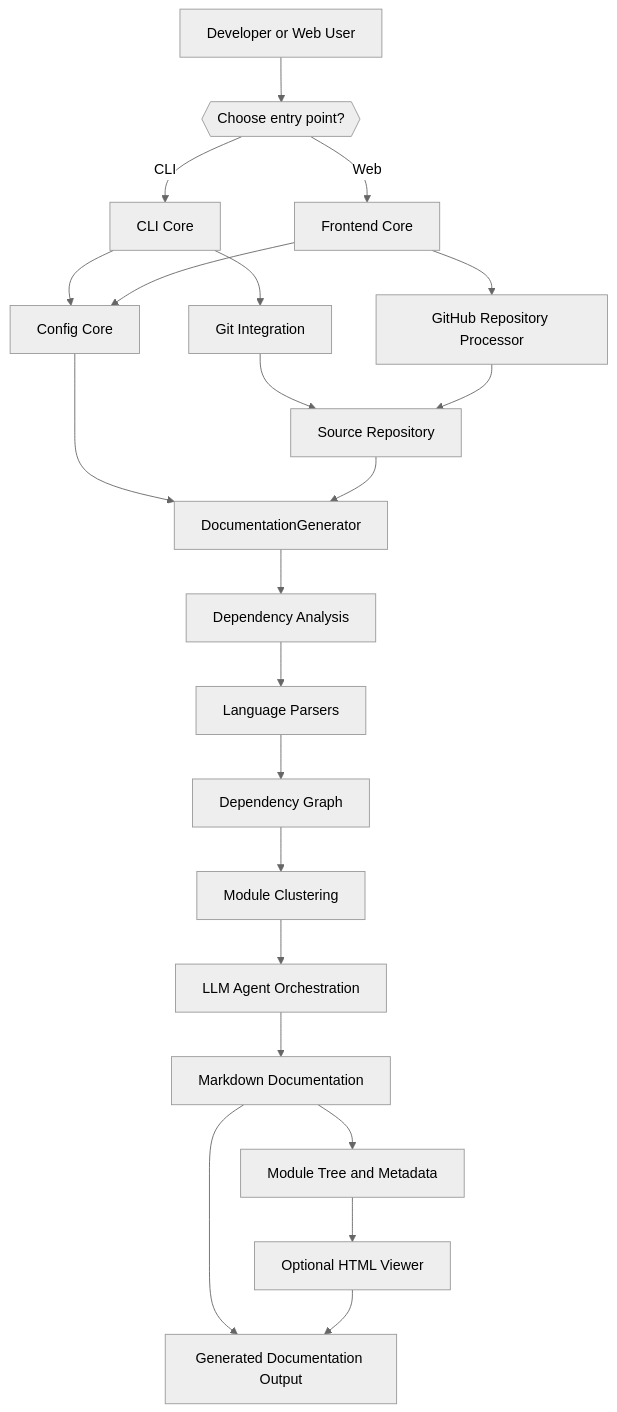
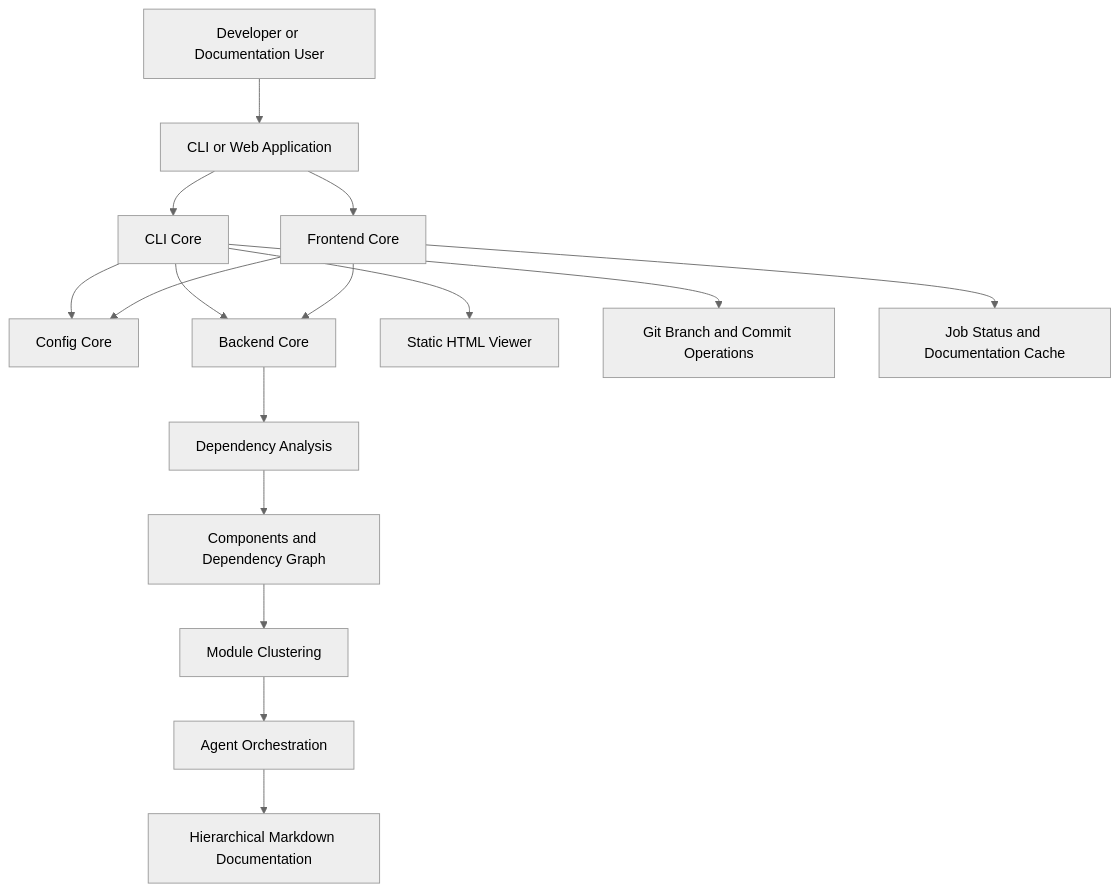
The diagram in docs/getting-started/introduction.md (flamingo-stack/CodeWiki), drawn with Mermaid (neutral theme) before and after one commit. The commit also changed other lines of this file and 275 other files, not shown here.

````diff
--- a/docs/getting-started/introduction.md
+++ b/docs/getting-started/introduction.md
@@ -38,31 +32,23 @@
 ```mermaid
 flowchart TD
-    User["Developer or Web User"] --> Entry{{"Choose entry point?"}}
-    Entry -->|CLI| CLI["CLI Core"]
-    Entry -->|Web| Frontend["Frontend Core"]
+    User["Developer or Documentation User"] --> Entry["CLI or Web Application"]
 
-    CLI --> RuntimeConfig["Config Core"]
-    Frontend --> RuntimeConfig
+    Entry --> CliCore["CLI Core"]
+    Entry --> FrontendCore["Frontend Core"]
 
-    CLI --> GitOps["Git Integration"]
-    Frontend --> RepoProcessor["GitHub Repository Processor"]
+    CliCore --> ConfigCore["Config Core"]
+    FrontendCore --> ConfigCore
 
-    GitOps --> Source["Source Repository"]
-    RepoProcessor --> Source
+    CliCore --> BackendCore["Backend Core"]
+    FrontendCore --> BackendCore
 
-    RuntimeConfig --> Generator["DocumentationGenerator"]
-    Source --> Generator
+    BackendCore --> Analysis["Dependency Analysis"]
+    Analysis --> Graph["Components and Dependency Graph"]
+    Graph --> Clustering["Module Clustering"]
+    Clustering --> Agents["Agent Orchestration"]
+    Agents --> Markdown["Hierarchical Markdown Documentation"]
 
-    Generator --> Analysis["Dependency Analysis"]
-    Analysis --> Parsers["Language Parsers"]
-    Parsers --> Graph["Dependency Graph"]
-
-    Graph --> Clustering["Module Clustering"]
-    Clustering --> Agents["LLM Agent Orchestration"]
-    Agents --> Docs["Markdown Documentation"]
-
-    Docs --> Metadata["Module Tree and Metadata"]
-    Metadata --> HTML["Optional HTML Viewer"]
-    Docs --> Output["Generated Documentation Output"]
-    HTML --> Output
+    CliCore --> Html["Static HTML Viewer"]
+    CliCore --> GitOps["Git Branch and Commit Operations"]
+    FrontendCore --> Cache["Job Status and Documentation Cache"]
 ```
````
